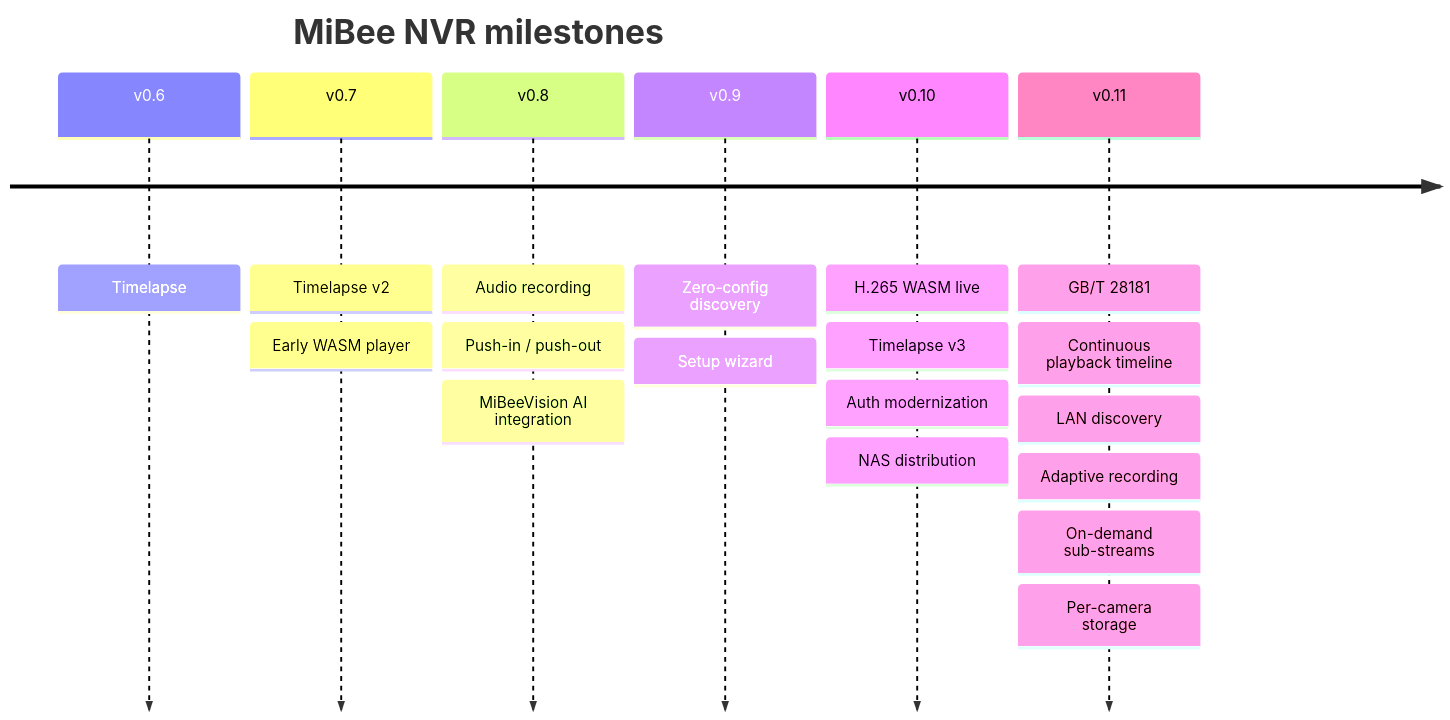
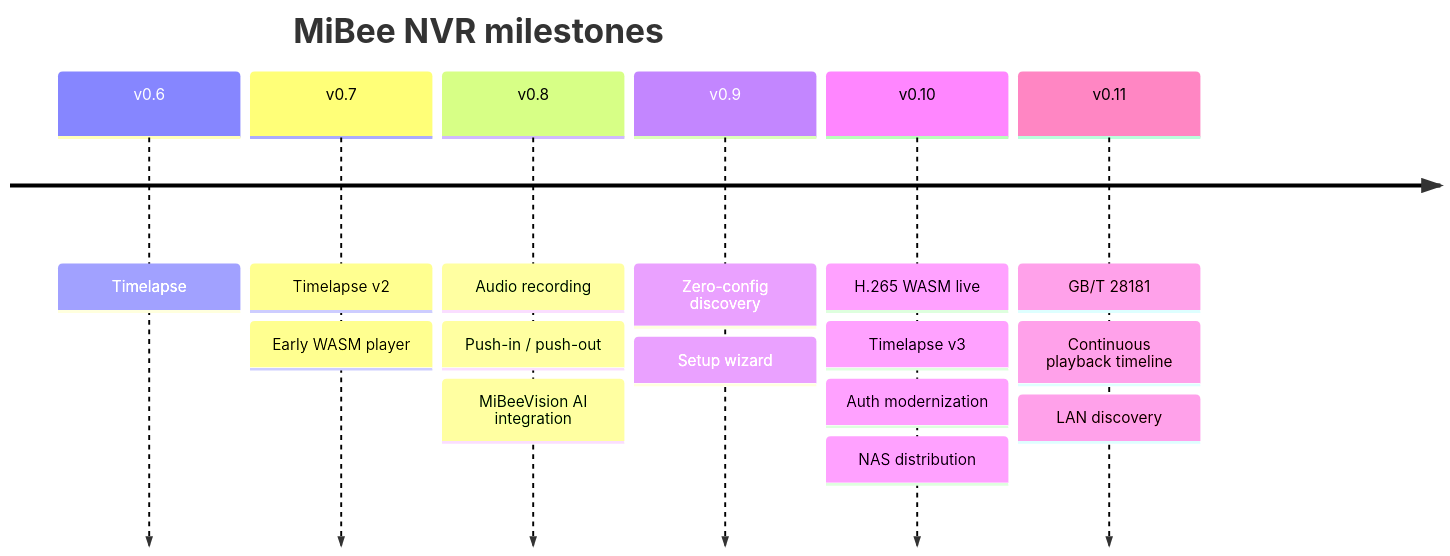
Before and after one commit to Mi-Bee-Studio/mibee-docs: the diagram in mibeenvr/en-US/features.md, drawn with Mermaid. The commit also changed other lines of this file and 94 other files, not shown here.

````diff
--- a/mibeenvr/en-US/features.md
+++ b/mibeenvr/en-US/features.md
@@ -120,10 +113,10 @@
 ```mermaid
 timeline
     title MiBee NVR milestones
     v0.6 : Timelapse
     v0.7 : Timelapse v2 : Early WASM player
     v0.8 : Audio recording : Push-in / push-out : MiBeeVision AI integration
     v0.9 : Zero-config discovery : Setup wizard
     v0.10 : H.265 WASM live : Timelapse v3 : Auth modernization : NAS distribution
-    v0.11 : GB/T 28181 : Continuous playback timeline : LAN discovery : Adaptive recording : On-demand sub-streams : Per-camera storage
+    v0.11 : GB/T 28181 : Continuous playback timeline : LAN discovery
 ```
````
